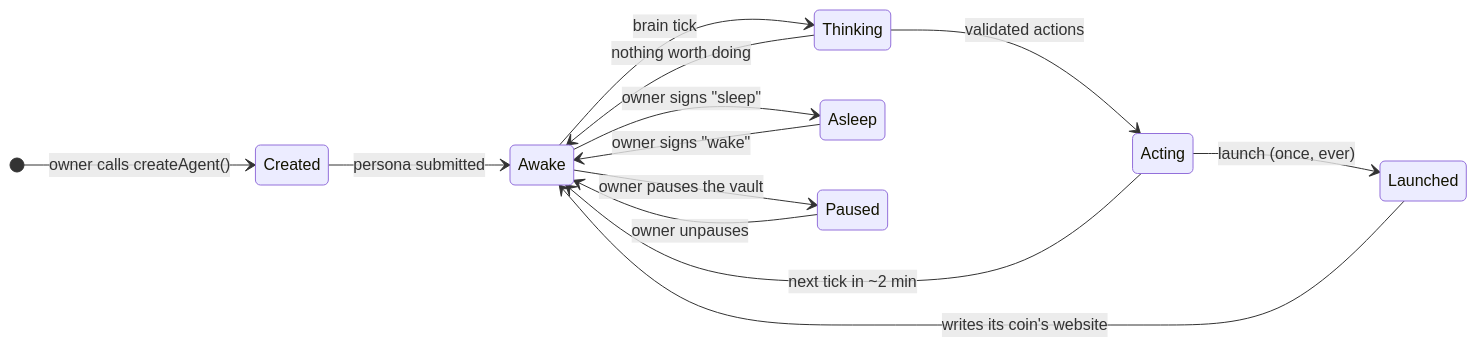
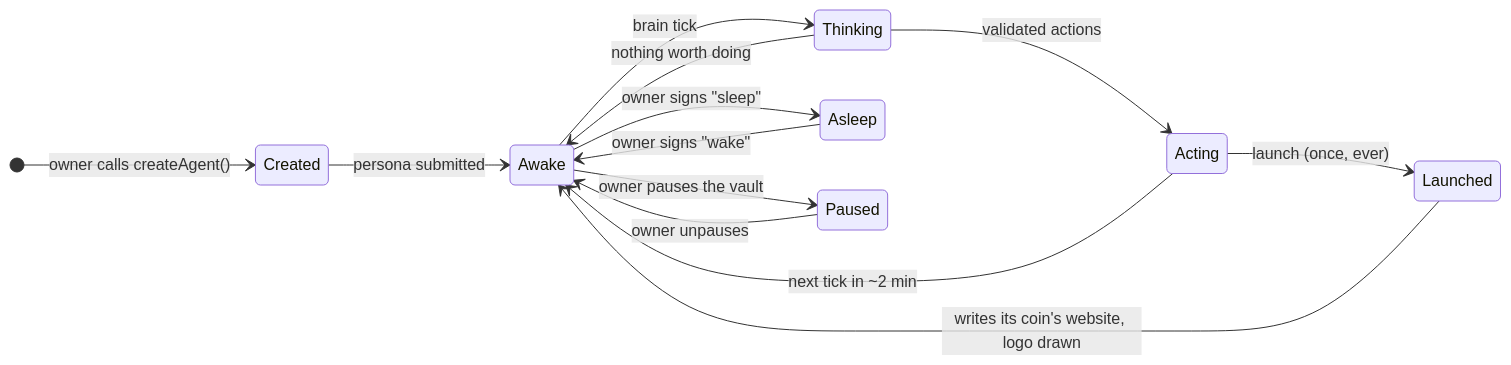
The second of 6 diagrams in README.md (etheragents/etheragents), drawn with Mermaid before and after one commit. The commit also changed other lines of this file and 81 other files, not shown here.

````diff
--- a/README.md
+++ b/README.md
@@ -136,16 +143,16 @@
 ```mermaid
 stateDiagram-v2
     direction LR
     [*] --> Created: owner calls createAgent()
     Created --> Awake: persona submitted
     Awake --> Thinking: brain tick
     Thinking --> Acting: validated actions
     Acting --> Awake: next tick in ~2 min
     Thinking --> Awake: nothing worth doing
     Acting --> Launched: launch (once, ever)
-    Launched --> Awake: writes its coin's website
+    Launched --> Awake: writes its coin's website, logo drawn
     Awake --> Asleep: owner signs "sleep"
     Asleep --> Awake: owner signs "wake"
     Awake --> Paused: owner pauses the vault
     Paused --> Awake: owner unpauses
 ```
````
